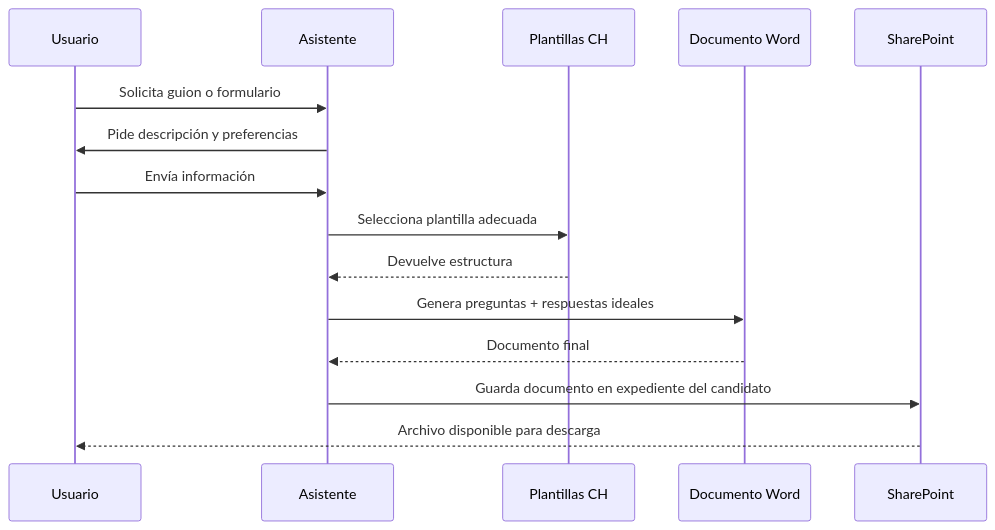
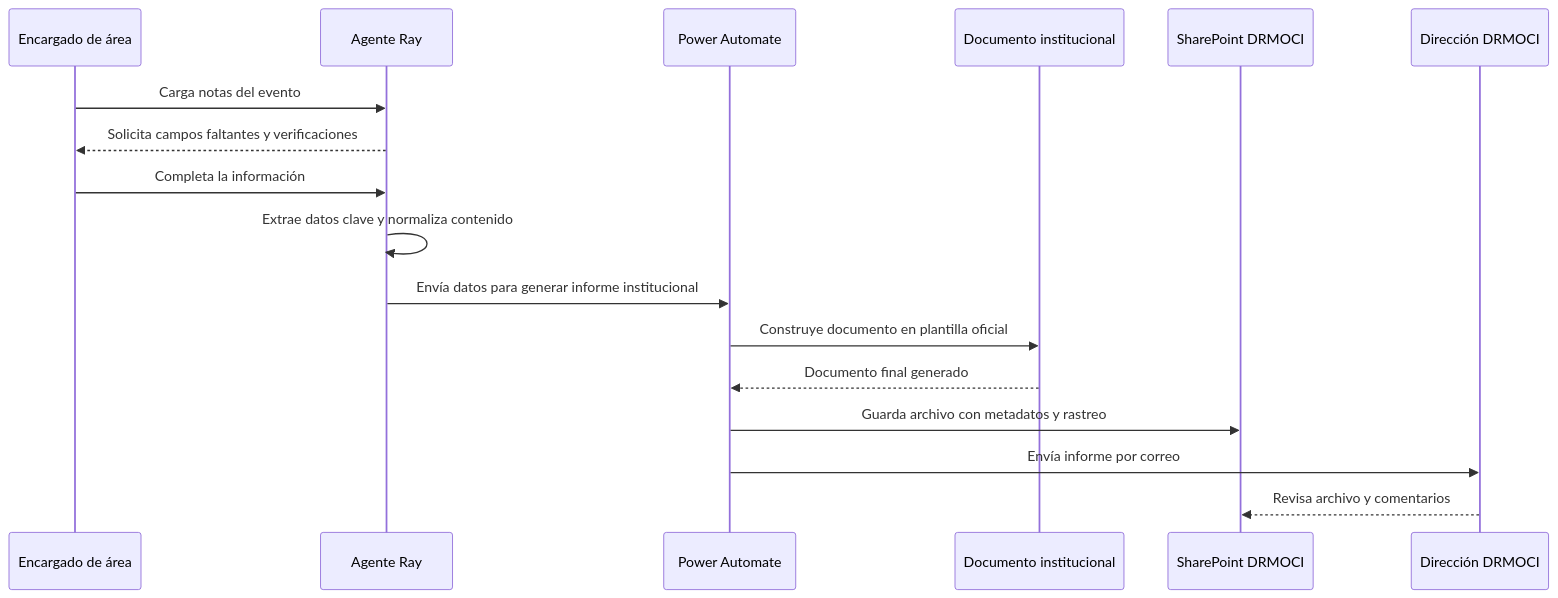
Before and after one commit to lab-innovacion-caf/Agentes: the second of 2 diagrams in README.md, drawn with Mermaid. The commit also changed other lines of this file, not shown here.

Commit message:
Nuevo Readme del Agente Ray

````diff
--- a/README.md
+++ b/README.md
@@ -147,18 +164,20 @@
 ```mermaid
 sequenceDiagram
-    participant Usuario
-    participant Asistente
-    participant Plantillas as Plantillas CH
-    participant Word as Documento Word
-    participant SP as SharePoint
+    participant Encargado as Encargado de área
+    participant Ray as Agente Ray
+    participant PA as Power Automate
+    participant Word as Documento institucional
+    participant SP as SharePoint DRMOCI
+    participant Direccion as Dirección DRMOCI
 
-    Usuario->>Asistente: Solicita guion o formulario
-    Asistente->>Usuario: Pide descripción y preferencias
-    Usuario->>Asistente: Envía información
-    Asistente->>Plantillas: Selecciona plantilla adecuada
-    Plantillas-->>Asistente: Devuelve estructura
-    Asistente->>Word: Genera preguntas + respuestas ideales
-    Word-->>Asistente: Documento final
-    Asistente->>SP: Guarda documento en expediente del candidato
-    SP-->>Usuario: Archivo disponible para descarga
+    Encargado->>Ray: Carga notas del evento
+    Ray-->>Encargado: Solicita campos faltantes y verificaciones
+    Encargado->>Ray: Completa la información
+    Ray->>Ray: Extrae datos clave y normaliza contenido
+    Ray->>PA: Envía datos para generar informe institucional
+    PA->>Word: Construye documento en plantilla oficial
+    Word-->>PA: Documento final generado
+    PA->>SP: Guarda archivo con metadatos y rastreo
+    PA->>Direccion: Envía informe por correo
+    Direccion-->>SP: Revisa archivo y comentarios
 ```
````
